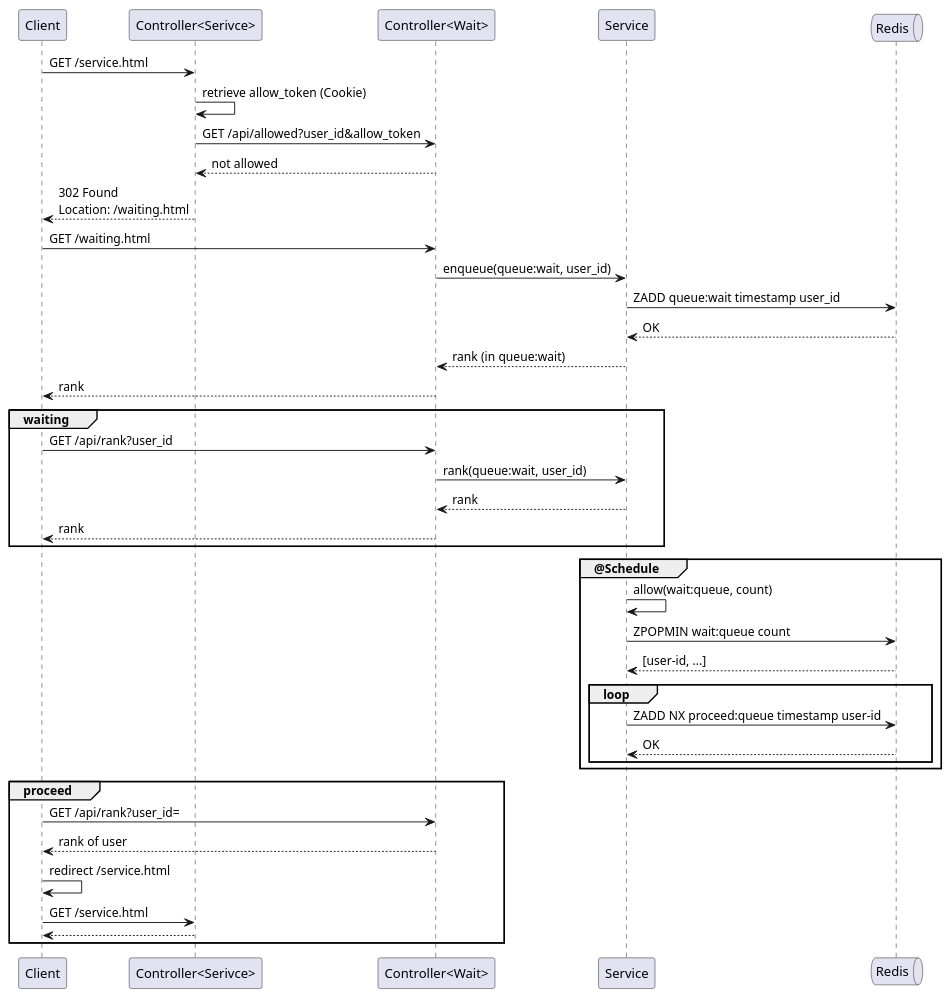
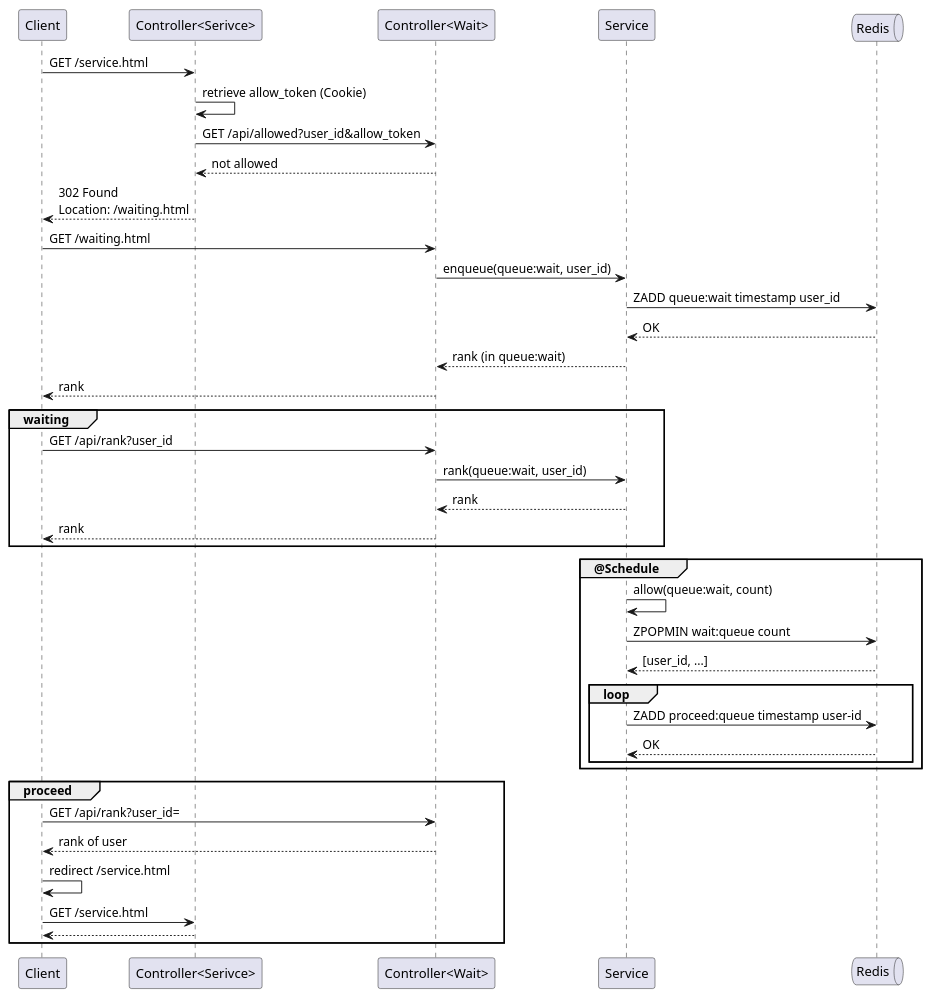
The diagram in _diary/2024-06-08.md (yanghoon/obsidian-workspace), drawn with PlantUML before and after one commit.

Commit message:
vault backup: 2024-06-09 19:36:07

````diff
--- a/_diary/2024-06-08.md
+++ b/_diary/2024-06-08.md
@@ -11,49 +11,49 @@
 ```plantuml
 @startuml
 
 participant Client
 participant "Controller<Serivce>" as ServiceController
 participant "Controller<Wait>" as Controller
 participant Service
 queue Redis
 
 Client -> ServiceController: GET /service.html
-ServiceController -> ServiceController: retrieve allow_token (Cookie)
-ServiceController -> Controller: GET /api/allowed?user_id&allow_token
-ServiceController <-- Controller: not allowed
+  ServiceController -> ServiceController: retrieve allow_token (Cookie)
+  ServiceController -> Controller: GET /api/allowed?user_id&allow_token
+  ServiceController <-- Controller: not allowed
 Client <-- ServiceController: 302 Found\nLocation: /waiting.html
 
 Client -> Controller: GET /waiting.html
-Controller -> Service: enqueue(queue:wait, user_id)
-Service -> Redis: ZADD queue:wait timestamp user_id
-Service <-- Redis: OK
-Controller <-- Service: rank (in queue:wait)
+  Controller -> Service: enqueue(queue:wait, user_id)
+    Service -> Redis: ZADD queue:wait timestamp user_id
+    Service <-- Redis: OK
+  Controller <-- Service: rank (in queue:wait)
 Client <-- Controller: rank
 
 group waiting
   Client -> Controller: GET /api/rank?user_id
   Controller -> Service: rank(queue:wait, user_id)
   Controller <-- Service: rank
   Client <-- Controller: rank
 end
 
 group @Schedule
-  Service -> Service: allow(wait:queue, count)
+  Service -> Service: allow(queue:wait, count)
   Service -> Redis: ZPOPMIN wait:queue count
-  Service <-- Redis: [user-id, ...]
+  Service <-- Redis: [user_id, ...]
   loop
-    Service -> Redis: ZADD NX proceed:queue timestamp user-id
+    Service -> Redis: ZADD proceed:queue timestamp user-id
     Service <-- Redis: OK
   end
 end
 
 group proceed
   Client -> Controller: GET /api/rank?user_id=
   Client <-- Controller: rank of user
   Client -> Client: redirect /service.html
   Client -> ServiceController: GET /service.html
   Client <-- ServiceController
 end
 
 @enduml
 ```
````
